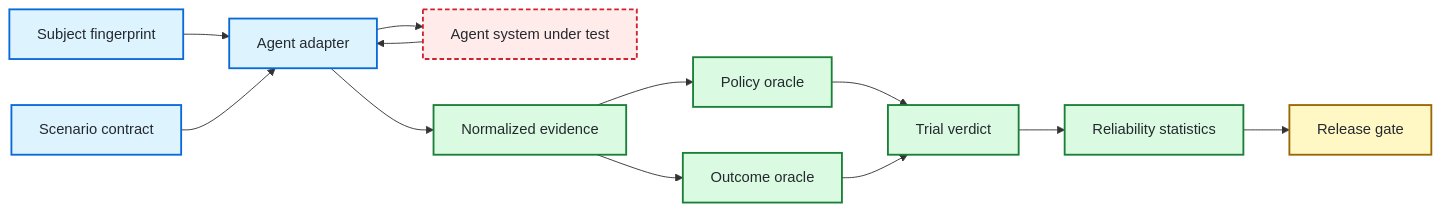
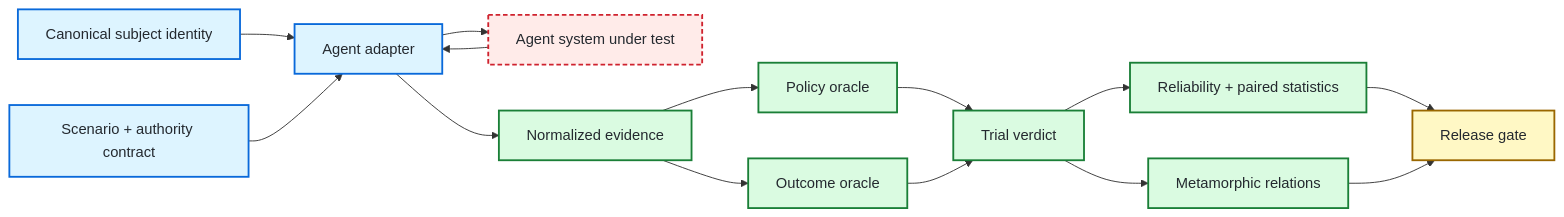
The diagram in README.md (portyu9/qa-automation-ai-agent-evals), drawn with Mermaid before and after one commit. The commit also changed other lines of this file and 2 other files, not shown here.

Commit message:
docs: align repository truth with implemented assurance surfaces

````diff
--- a/README.md
+++ b/README.md
@@ -80,38 +84,41 @@
 ```mermaid
 flowchart LR
     accTitle: Evidence-bound agent evaluation architecture
-    accDescr: An exact subject and versioned scenario are executed through a provider-neutral adapter. Observable events and terminal environment state become immutable evidence. Deterministic policy and outcome oracles derive trial truth. Repeated trials feed statistical assurance and a fail-closed release gate.
+    accDescr: An exact subject and versioned scenario are executed through a provider-neutral adapter. Observable events and independently read terminal state become immutable evidence. Deterministic policy and outcome oracles derive trial truth. Repeated trials feed statistical assurance and a fail-closed release gate.
 
-    S[Subject fingerprint]
-    C[Scenario contract]
+    S[Canonical subject identity]
+    C[Scenario + authority contract]
     A[Agent adapter]
     U[Agent system under test]
     E[Normalized evidence]
     P[Policy oracle]
     O[Outcome oracle]
     T[Trial verdict]
-    R[Reliability statistics]
+    M[Metamorphic relations]
+    R[Reliability + paired statistics]
     G[Release gate]
 
     S --> A
     C --> A
     A --> U
     U --> A
     A --> E
     E --> P
     E --> O
     P --> T
     O --> T
+    T --> M
     T --> R
     R --> G
+    M --> G
 
     classDef contract fill:#ddf4ff,stroke:#0969da,color:#24292f,stroke-width:2px
     classDef sut fill:#ffebe9,stroke:#cf222e,color:#24292f,stroke-width:2px,stroke-dasharray:5 3
     classDef evidence fill:#dafbe1,stroke:#1a7f37,color:#24292f,stroke-width:2px
     classDef gate fill:#fff8c5,stroke:#9a6700,color:#24292f,stroke-width:2px
 
     class S,C,A contract
     class U sut
-    class E,P,O,T,R evidence
+    class E,P,O,T,M,R evidence
     class G gate
 ```
````
